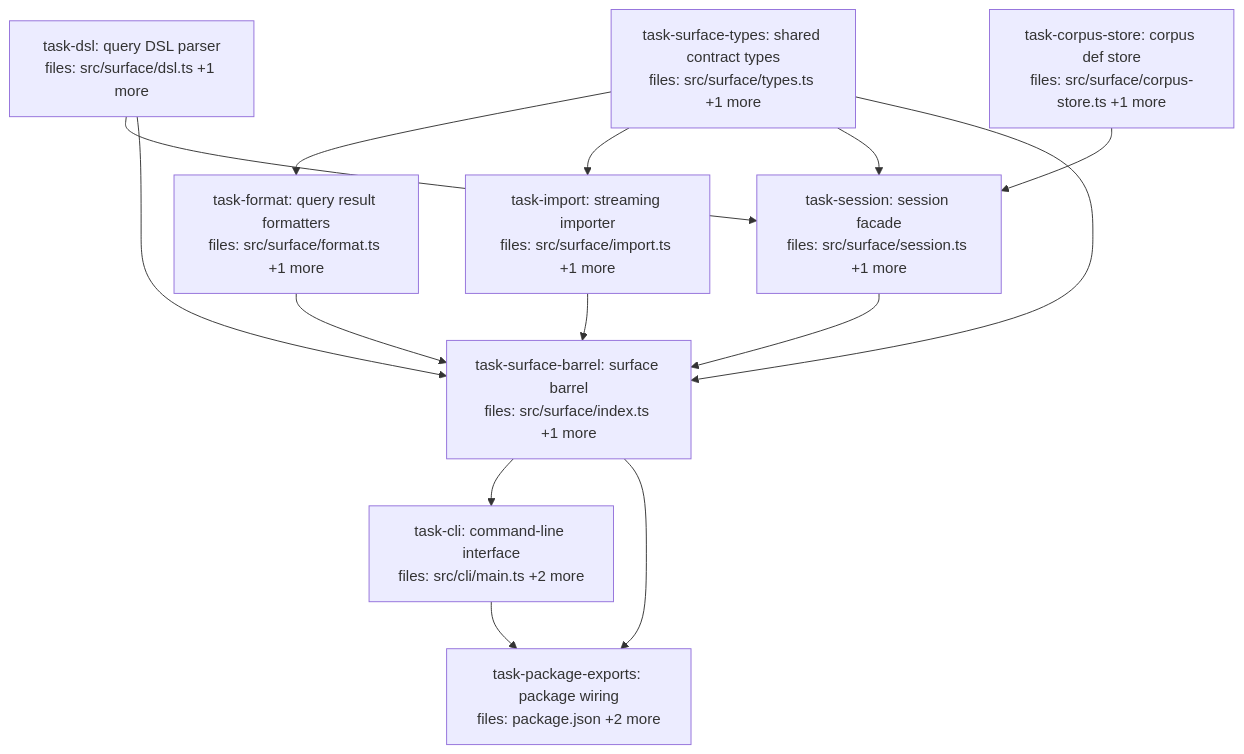
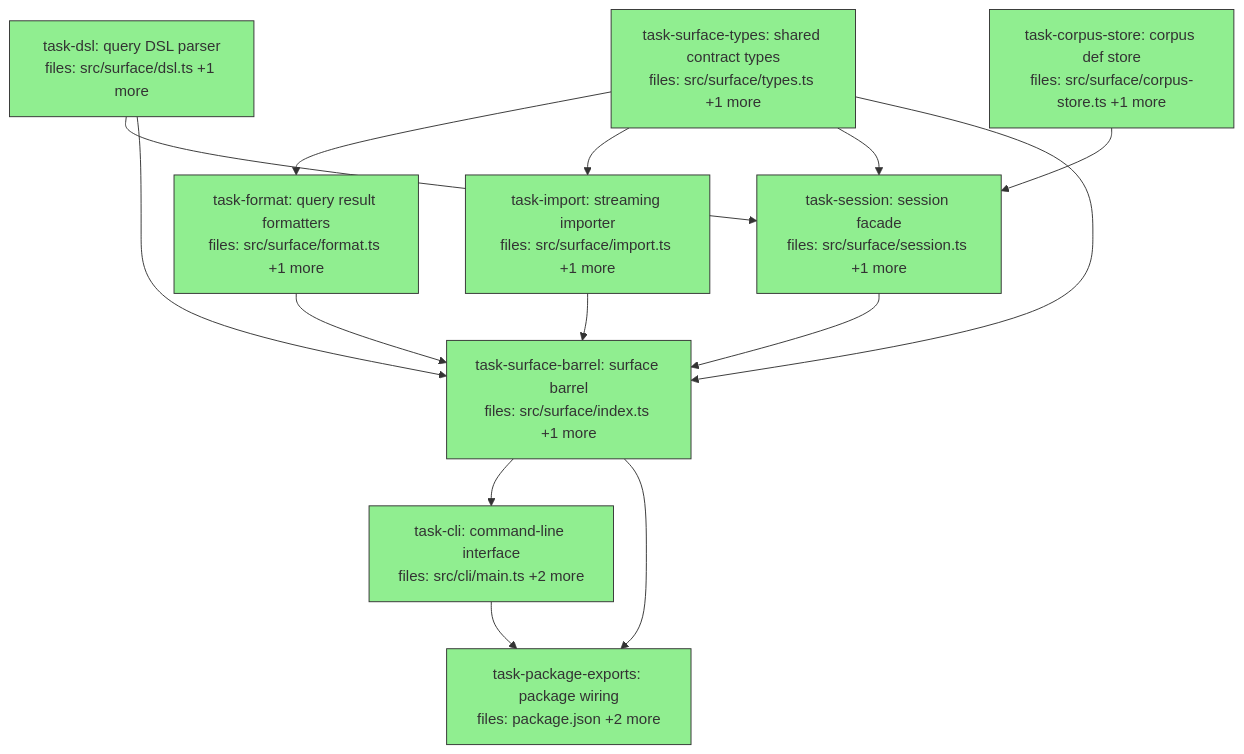
One commit to BrettNye/Mneme changed the diagram in docs/superpowers/plans/2026-05-29-mneme-usable-surface-dag.md. Above: the diagram before and after it, drawn with Mermaid. The commit also changed other lines of this file, not shown here.

Commit message:
docs(surface): mark usable-surface DAG plan complete (9/9 done)

````diff
--- a/docs/superpowers/plans/2026-05-29-mneme-usable-surface-dag.md
+++ b/docs/superpowers/plans/2026-05-29-mneme-usable-surface-dag.md
@@ -6,32 +6,32 @@
 ```mermaid
 flowchart TD
-    task-surface-types["task-surface-types: shared contract types<br/>files: src/surface/types.ts +1 more"]
-    task-dsl["task-dsl: query DSL parser<br/>files: src/surface/dsl.ts +1 more"]
-    task-corpus-store["task-corpus-store: corpus def store<br/>files: src/surface/corpus-store.ts +1 more"]
-    task-format["task-format: query result formatters<br/>files: src/surface/format.ts +1 more"]
-    task-import["task-import: streaming importer<br/>files: src/surface/import.ts +1 more"]
-    task-session["task-session: session facade<br/>files: src/surface/session.ts +1 more"]
-    task-surface-barrel["task-surface-barrel: surface barrel<br/>files: src/surface/index.ts +1 more"]
-    task-cli["task-cli: command-line interface<br/>files: src/cli/main.ts +2 more"]
-    task-package-exports["task-package-exports: package wiring<br/>files: package.json +2 more"]
+    task-surface-types["task-surface-types: shared contract types<br/>files: src/surface/types.ts +1 more"]:::done
+    task-dsl["task-dsl: query DSL parser<br/>files: src/surface/dsl.ts +1 more"]:::done
+    task-corpus-store["task-corpus-store: corpus def store<br/>files: src/surface/corpus-store.ts +1 more"]:::done
+    task-format["task-format: query result formatters<br/>files: src/surface/format.ts +1 more"]:::done
+    task-import["task-import: streaming importer<br/>files: src/surface/import.ts +1 more"]:::done
+    task-session["task-session: session facade<br/>files: src/surface/session.ts +1 more"]:::done
+    task-surface-barrel["task-surface-barrel: surface barrel<br/>files: src/surface/index.ts +1 more"]:::done
+    task-cli["task-cli: command-line interface<br/>files: src/cli/main.ts +2 more"]:::done
+    task-package-exports["task-package-exports: package wiring<br/>files: package.json +2 more"]:::done
 
     task-surface-types --> task-format
     task-surface-types --> task-import
     task-surface-types --> task-session
     task-dsl --> task-session
     task-corpus-store --> task-session
     task-surface-types --> task-surface-barrel
     task-dsl --> task-surface-barrel
     task-session --> task-surface-barrel
     task-format --> task-surface-barrel
     task-import --> task-surface-barrel
     task-surface-barrel --> task-cli
     task-surface-barrel --> task-package-exports
     task-cli --> task-package-exports
 
     classDef done fill:#90ee90,stroke:#333
     classDef ready fill:#fffacd,stroke:#333
     classDef running fill:#87ceeb,stroke:#333
     classDef failed fill:#ffb6c1,stroke:#333
     classDef skipped fill:#d3d3d3,stroke:#333,stroke-dasharray: 5 5
 ```
````
